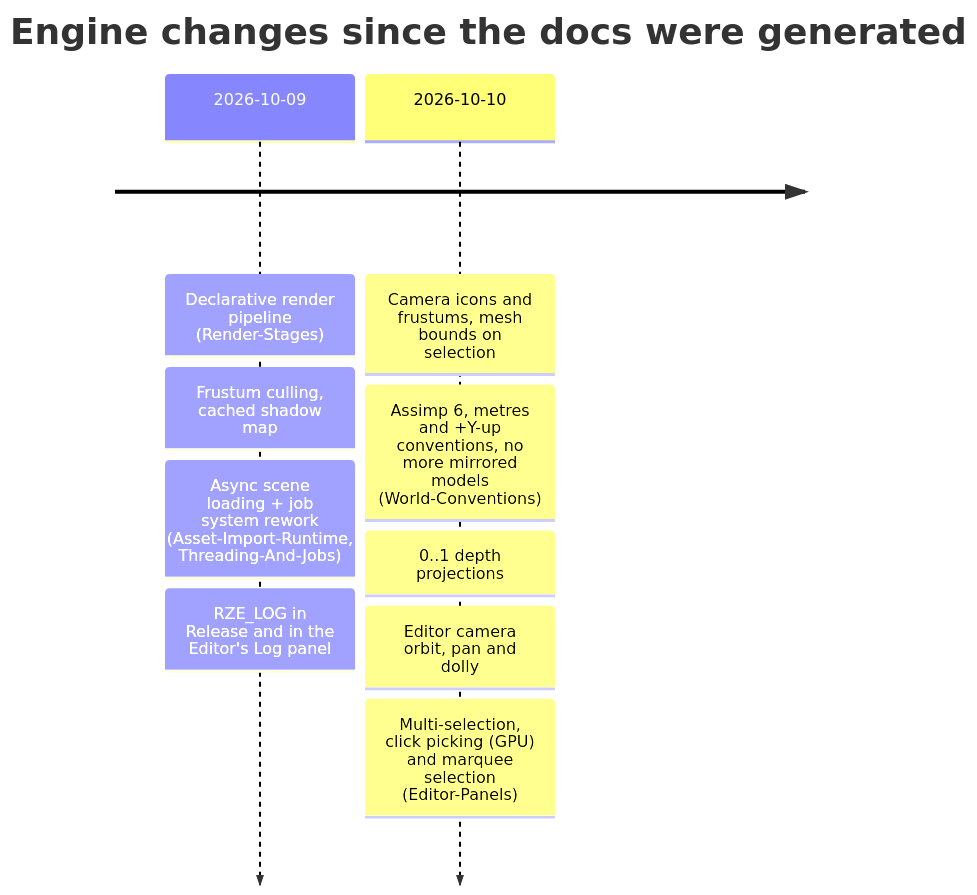
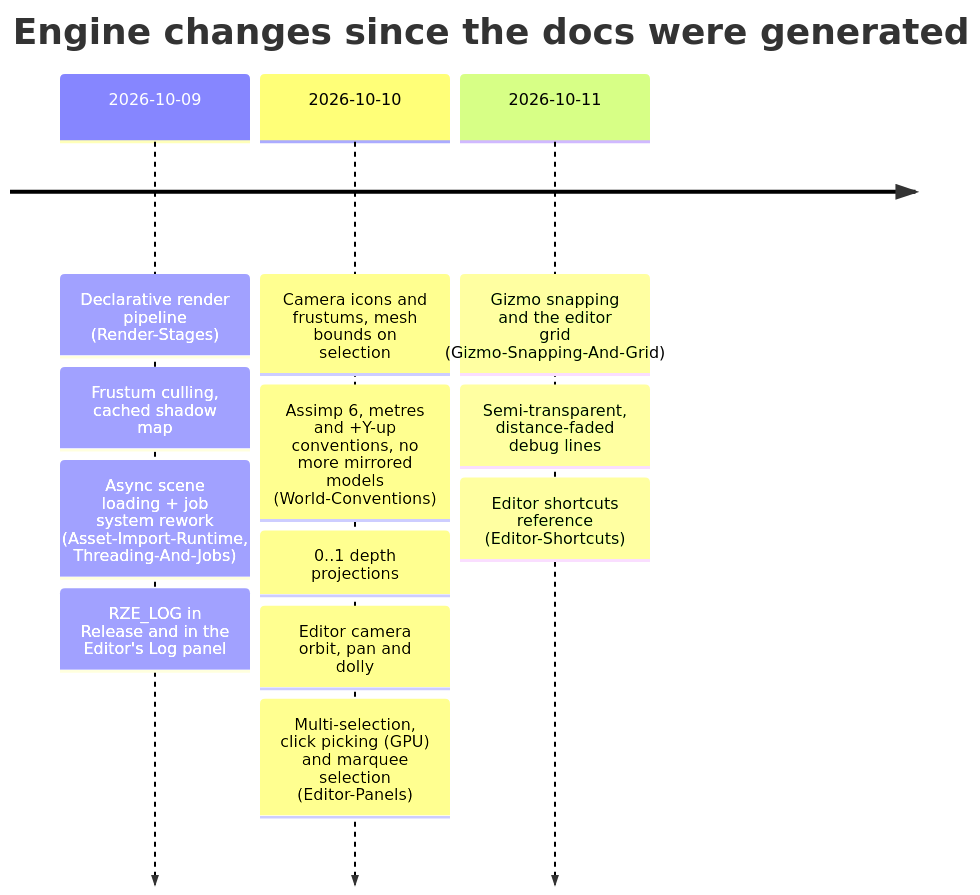
The third of 3 diagrams in Docs/Generated/Engine/index.md (b1nary0/RZE), drawn with Mermaid before and after one commit. The commit also changed other lines of this file and 8 other files, not shown here.

First line of the commit message:
Document gizmo snapping, the editor grid and every editor shortcut

````diff
--- a/Docs/Generated/Engine/index.md
+++ b/Docs/Generated/Engine/index.md
@@ -86,13 +86,16 @@
 ```mermaid
 timeline
     title Engine changes since the docs were generated
     2026-10-09 : Declarative render pipeline (Render-Stages)
                : Frustum culling, cached shadow map
                : Async scene loading + job system rework (Asset-Import-Runtime, Threading-And-Jobs)
                : RZE_LOG in Release and in the Editor's Log panel
     2026-10-10 : Camera icons and frustums, mesh bounds on selection
                : Assimp 6, metres and +Y-up conventions, no more mirrored models (World-Conventions)
                : 0..1 depth projections
                : Editor camera orbit, pan and dolly
                : Multi-selection, click picking (GPU) and marquee selection (Editor-Panels)
+    2026-10-11 : Gizmo snapping and the editor grid (Gizmo-Snapping-And-Grid)
+               : Semi-transparent, distance-faded debug lines
+               : Editor shortcuts reference (Editor-Shortcuts)
 ```
````
